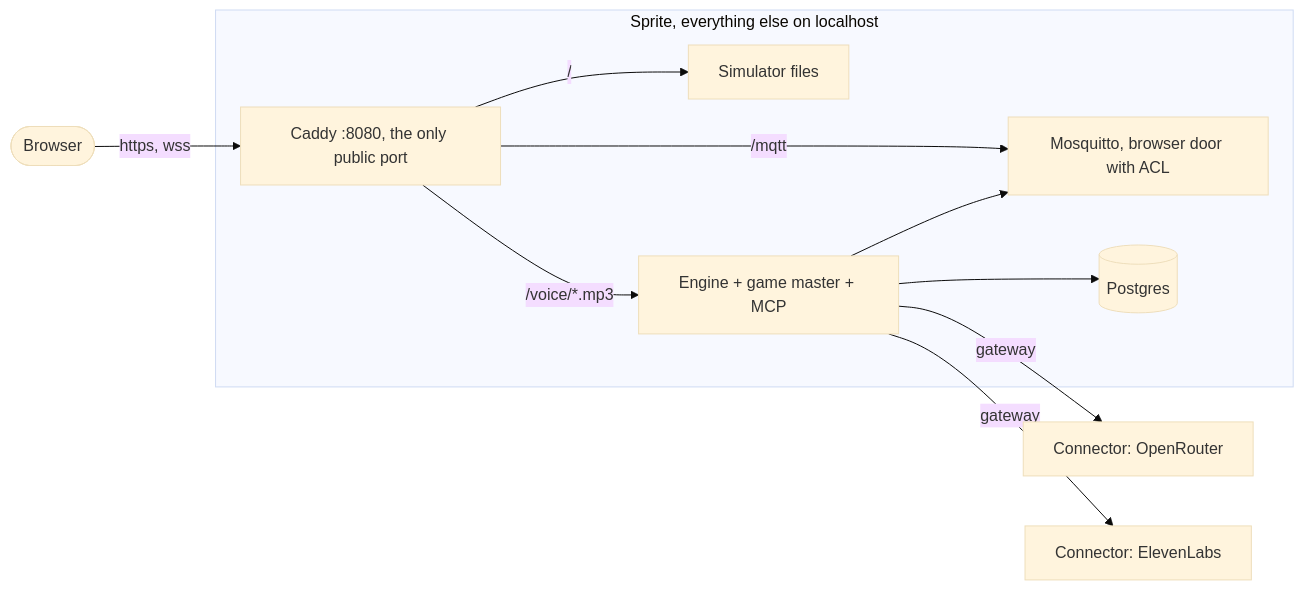
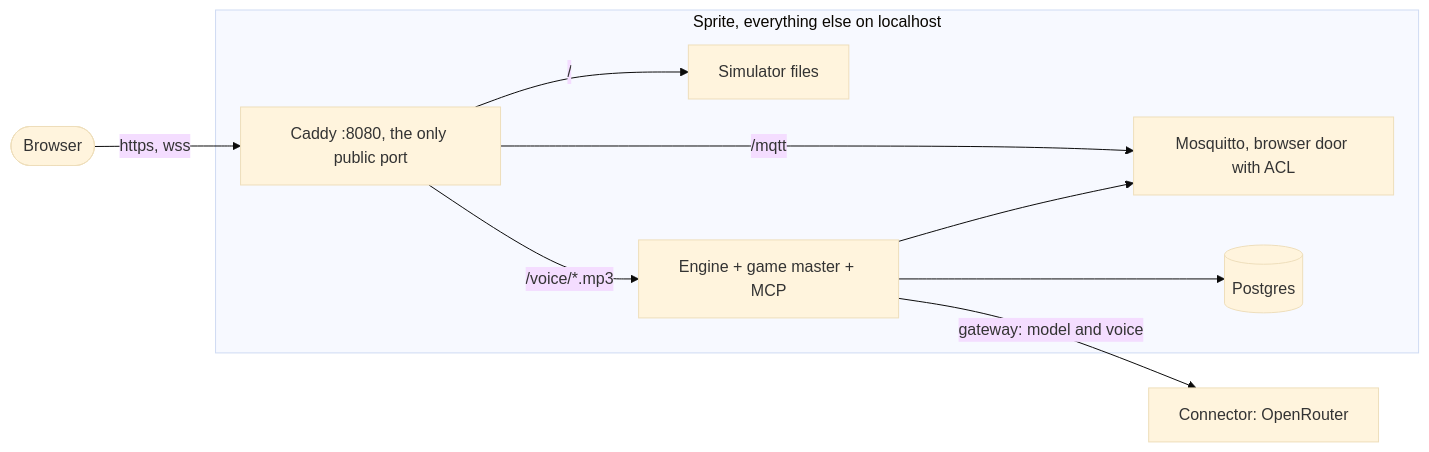
One commit to meron1122/EscapeRoomFramework changed the diagram in deploy/README.md. Above: the diagram before and after it, drawn with Mermaid (base theme). The commit also changed other lines of this file and 130 other files, not shown here.

````diff
--- a/deploy/README.md
+++ b/deploy/README.md
@@ -6,13 +6,12 @@
 ```mermaid
 flowchart LR
   user([Browser]) -->|https, wss| caddy[Caddy :8080, the only public port]
   subgraph sprite[Sprite, everything else on localhost]
     caddy -->|/| web[Simulator files]
     caddy -->|/mqtt| mqtt[Mosquitto, browser door with ACL]
     caddy -->|/voice/*.mp3| engine[Engine + game master + MCP]
     engine --> mqtt
     engine --> pg[(Postgres)]
   end
-  engine -->|gateway| c1[Connector: OpenRouter]
-  engine -->|gateway| c2[Connector: ElevenLabs]
+  engine -->|gateway: model and voice| c1[Connector: OpenRouter]
 ```
````
